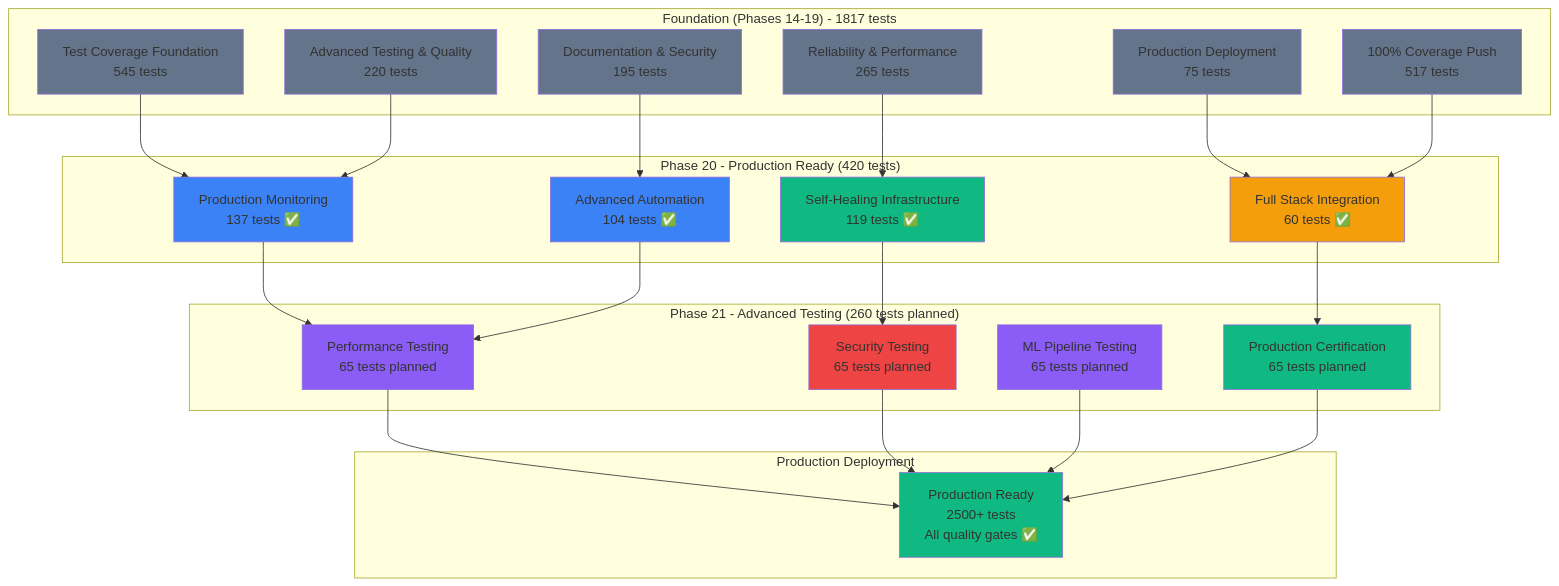
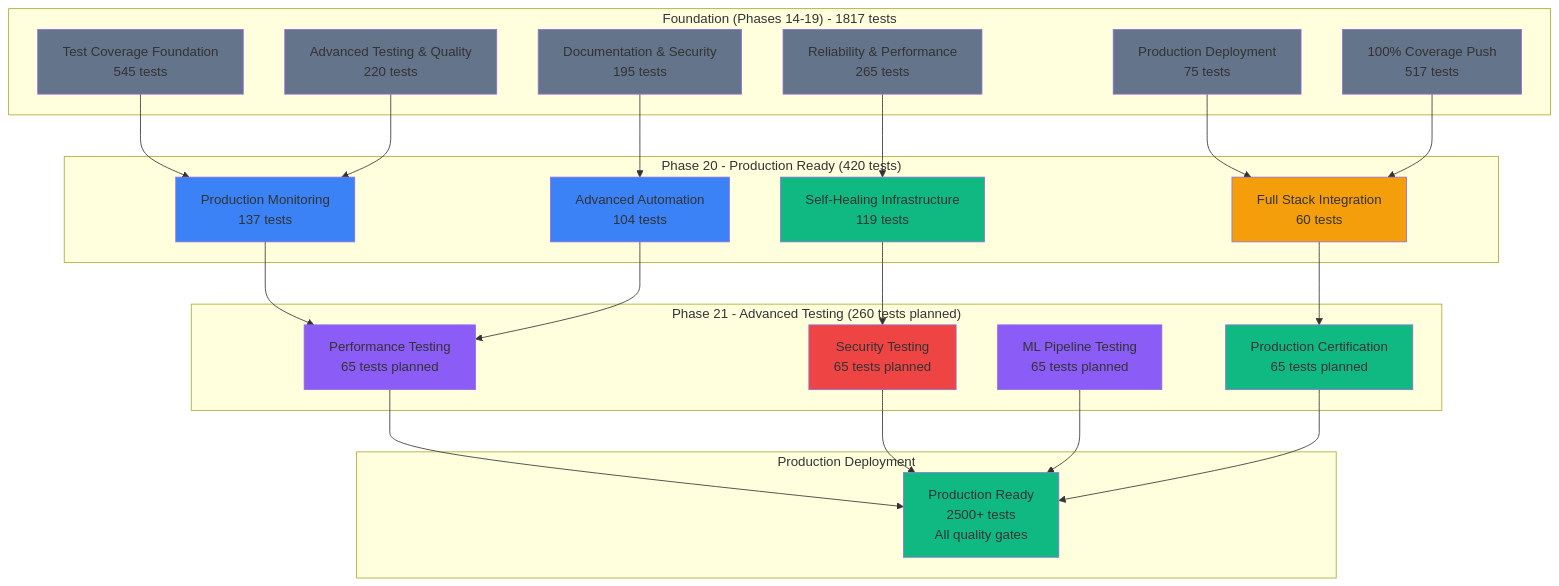
Diagram 13 of 13 in docs/guides/REPOSITORY_ARCHITECTURE_DIAGRAMS.md (Aries-Serpent/_codex_), drawn with Mermaid before and after one commit. The commit also changed other lines of this file and 2029 other files, not shown here.

````diff
--- a/docs/guides/REPOSITORY_ARCHITECTURE_DIAGRAMS.md
+++ b/docs/guides/REPOSITORY_ARCHITECTURE_DIAGRAMS.md
@@ -798,63 +800,63 @@
 ```mermaid
 %%{init: {'accessibility': {'title': 'Diagram showing Test Coverage Foundation<br/>545 tests, Advanced Testing & Quality<br/>220 tests'}}%%
 graph TB
     subgraph "Foundation (Phases 14-19) - 1817 tests"
         F1[Test Coverage Foundation<br/>545 tests]
         F2[Advanced Testing & Quality<br/>220 tests]
         F3[Documentation & Security<br/>195 tests]
         F4[Reliability & Performance<br/>265 tests]
         F5[Production Deployment<br/>75 tests]
         F6[100% Coverage Push<br/>517 tests]
     end
 
     subgraph "Phase 20 - Production Ready (420 tests)"
-        P20M[Production Monitoring<br/>137 tests ✅]
-        P20A[Advanced Automation<br/>104 tests ✅]
-        P20H[Self-Healing Infrastructure<br/>119 tests ✅]
-        P20I[Full Stack Integration<br/>60 tests ✅]
+        P20M[Production Monitoring<br/>137 tests ]
+        P20A[Advanced Automation<br/>104 tests ]
+        P20H[Self-Healing Infrastructure<br/>119 tests ]
+        P20I[Full Stack Integration<br/>60 tests ]
     end
 
     subgraph "Phase 21 - Advanced Testing (260 tests planned)"
         P21P[Performance Testing<br/>65 tests planned]
         P21S[Security Testing<br/>65 tests planned]
         P21M[ML Pipeline Testing<br/>65 tests planned]
         P21C[Production Certification<br/>65 tests planned]
     end
 
     subgraph "Production Deployment"
-        DEPLOY[Production Ready<br/>2500+ tests<br/>All quality gates ✅]
+        DEPLOY[Production Ready<br/>2500+ tests<br/>All quality gates ]
     end
 
     F1 --> P20M
     F2 --> P20M
     F3 --> P20A
     F4 --> P20H
     F5 --> P20I
     F6 --> P20I
 
     P20M --> P21P
     P20A --> P21P
     P20H --> P21S
     P20I --> P21C
 
     P21P --> DEPLOY
     P21S --> DEPLOY
     P21M --> DEPLOY
     P21C --> DEPLOY
 
     style F1 fill:#64748b
     style F2 fill:#64748b
     style F3 fill:#64748b
     style F4 fill:#64748b
     style F5 fill:#64748b
     style F6 fill:#64748b
     style P20M fill:#3b82f6
     style P20A fill:#3b82f6
     style P20H fill:#10b981
     style P20I fill:#f59e0b
     style P21P fill:#8b5cf6
     style P21S fill:#ef4444
     style P21M fill:#8b5cf6
     style P21C fill:#10b981
     style DEPLOY fill:#10b981
 ```
````
